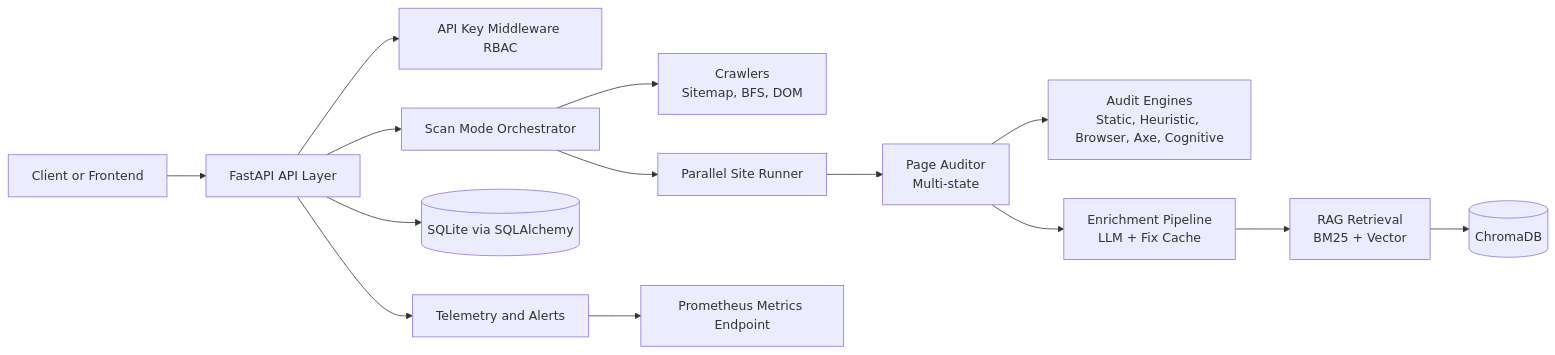
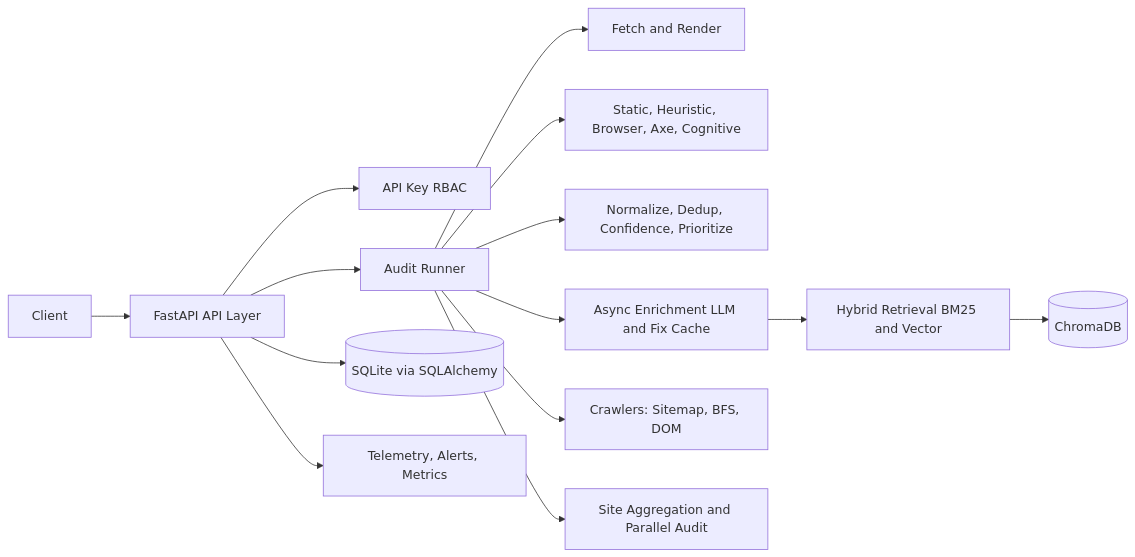
The diagram in README.md (WillyEverGreen/BEACON), drawn with Mermaid before and after one commit. The commit also changed other lines of this file, not shown here.

Commit message:
docs: update README with latest features, architecture, and usage instructions

````diff
--- a/README.md
+++ b/README.md
@@ -7,20 +22,20 @@
 ```mermaid
 flowchart LR
-    C[Client or Frontend] --> API[FastAPI API Layer]
-    API --> AUTH[API Key Middleware RBAC]
-    API --> ORCH[Scan Mode Orchestrator]
+    C[Client] --> API[FastAPI API Layer]
+    API --> AUTH[API Key RBAC]
+    API --> RUN[Audit Runner]
 
-    ORCH --> CRAWL[Crawlers\nSitemap, BFS, DOM]
-    ORCH --> PAR[Parallel Site Runner]
-    PAR --> PAGE[Page Auditor\nMulti-state]
+    RUN --> FETCH[Fetch and Render]
+    RUN --> ENGINES[Static, Heuristic, Browser, Axe, Cognitive]
+    RUN --> SCORE[Normalize, Dedup, Confidence, Prioritize]
+    RUN --> ENRICH[Async Enrichment LLM and Fix Cache]
 
-    PAGE --> ENG[Audit Engines\nStatic, Heuristic, Browser, Axe, Cognitive]
-    PAGE --> ENRICH[Enrichment Pipeline\nLLM + Fix Cache]
+    RUN --> CRAWL[Crawlers: Sitemap, BFS, DOM]
+    RUN --> SITE[Site Aggregation and Parallel Audit]
 
-    ENRICH --> RAG[RAG Retrieval\nBM25 + Vector]
+    ENRICH --> RAG[Hybrid Retrieval BM25 and Vector]
     RAG --> VDB[(ChromaDB)]
 
     API --> DB[(SQLite via SQLAlchemy)]
-    API --> OBS[Telemetry and Alerts]
-    OBS --> MET[Prometheus Metrics Endpoint]
+    API --> OBS[Telemetry, Alerts, Metrics]
 ```
````
